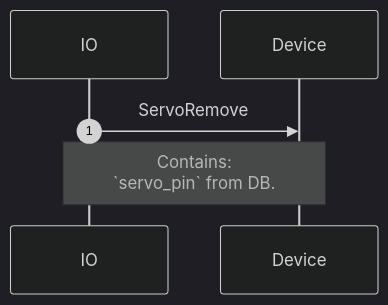
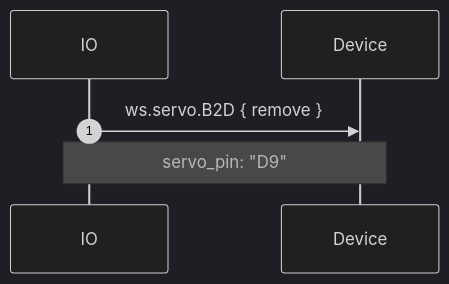
One commit to adafruit/Wippersnapper_Protobuf changed the fourth of 5 diagrams in proto/wippersnapper/docs/servo.md. Above: the diagram before and after it, drawn with Mermaid (dark theme). The commit also changed other lines of this file and 10 other files, not shown here.

````diff
--- a/proto/wippersnapper/docs/servo.md
+++ b/proto/wippersnapper/docs/servo.md
@@ -55,6 +84,6 @@
 ```mermaid
 sequenceDiagram
 autonumber
-IO->>Device: ServoRemove
-Note over IO, Device: Contains:<br> `servo_pin` from DB.
+IO->>Device: ws.servo.B2D { remove }
+Note over IO, Device: servo_pin: "D9"
 ```
````
